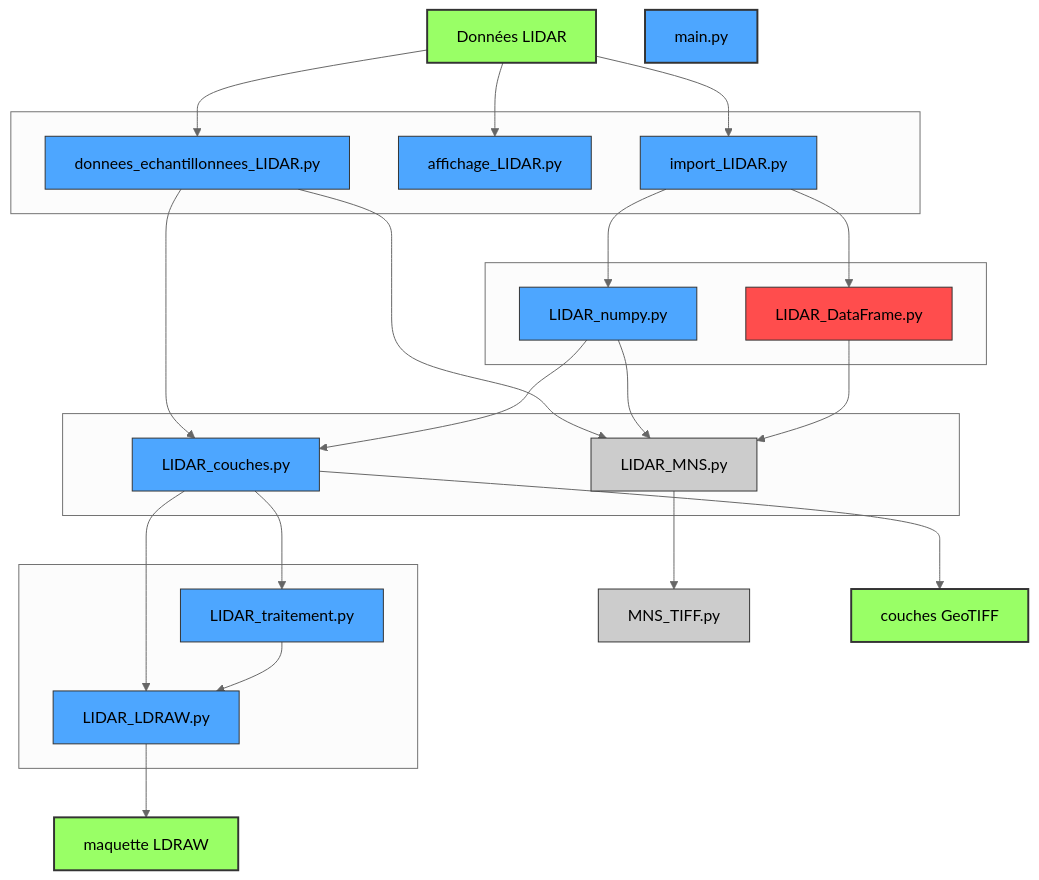
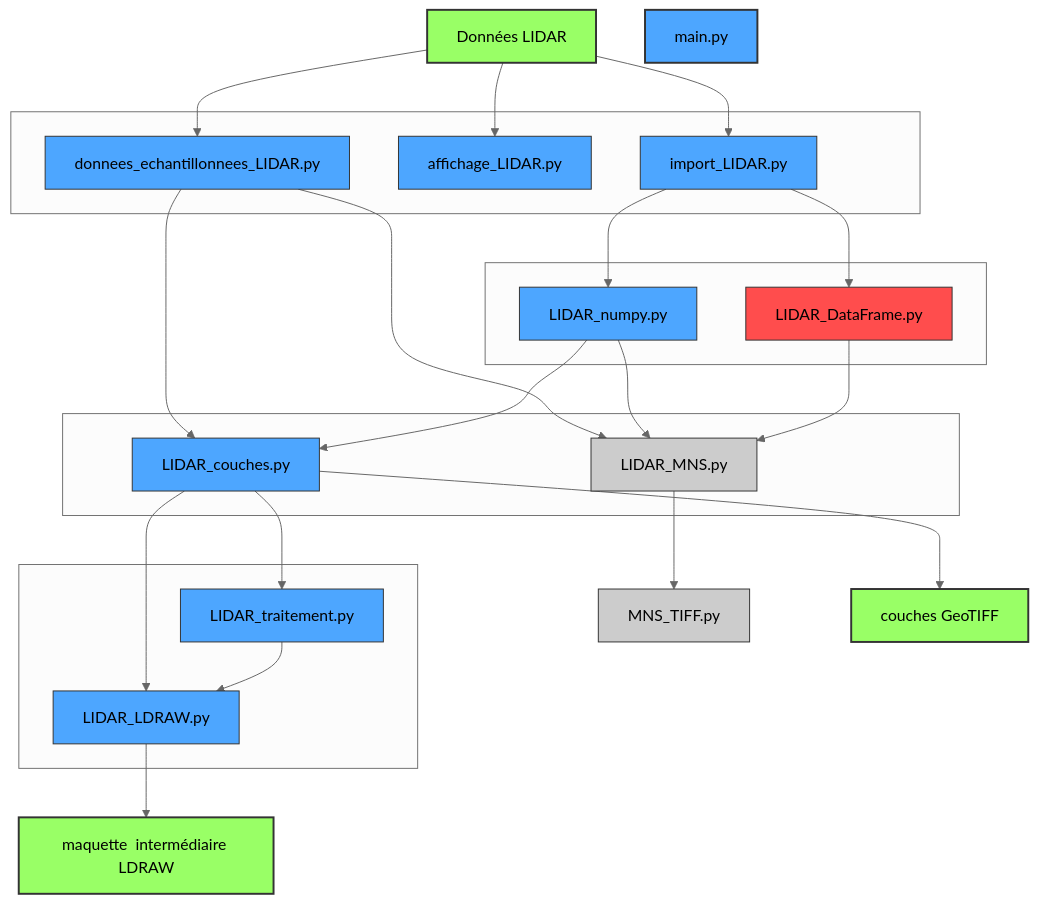
The diagram in Workflow.md (DanQue69/LEGO_Master), drawn with Mermaid (neutral theme) before and after one commit.

````diff
--- a/Workflow.md
+++ b/Workflow.md
@@ -1,68 +1,68 @@
 ```mermaid 
 graph TD;
 
 A[Données LIDAR]
 
 subgraph L1[" "]
     B[donnees_echantillonnees_LIDAR.py]
     C[affichage_LIDAR.py]
     D[import_LIDAR.py]
 end
 
 subgraph L2[" "]
     E[LIDAR_numpy.py]
     F[LIDAR_DataFrame.py]
 end
 
 subgraph L3[" "]
     G[LIDAR_MNS.py]
     I[LIDAR_couches.py]
 end
 
 subgraph L4[" "]
     J[LIDAR_LDRAW.py]
     K[LIDAR_traitement.py]
 end
 
 H[MNS_TIFF.py]
 M[main.py]
 L[couches GeoTIFF]
-N[maquette LDRAW]
+N[maquette  intermédiaire LDRAW]
 
 A --> B
 A --> C
 A --> D
 D --> E
 D --> F
 B --> G
 E --> G
 F --> G
 B --> I
 E --> I
 I --> J
 I --> K
 K --> J
 G --> H
 I --> L
 J --> N
 
 
 %% Styles des couleurs
 style A fill:#9f6,stroke:#333,stroke-width:2px        
 style B fill:#4da6ff,stroke:#333,stroke-width:1px    
 style C fill:#4da6ff,stroke:#333,stroke-width:1px      
 style D fill:#4da6ff,stroke:#333,stroke-width:1px   
 style E fill:#4da6ff,stroke:#333,stroke-width:1px    
 style F fill:#ff4d4d,stroke:#333,stroke-width:1px    
 style G fill:#ccc,stroke:#333,stroke-width:1px       
 style H fill:#ccc,stroke:#333,stroke-width:1px       
 style I fill:#4da6ff,stroke:#333,stroke-width:1px   
 style J fill:#4da6ff,stroke:#333,stroke-width:1px   
 style K fill:#4da6ff,stroke:#333,stroke-width:1px    
 style M fill:#4da6ff,stroke:#333,stroke-width:2px
 style L fill:#9f6,stroke:#333,stroke-width:2px
 style N fill:#9f6,stroke:#333,stroke-width:2px
 
 
     
 ```
````
